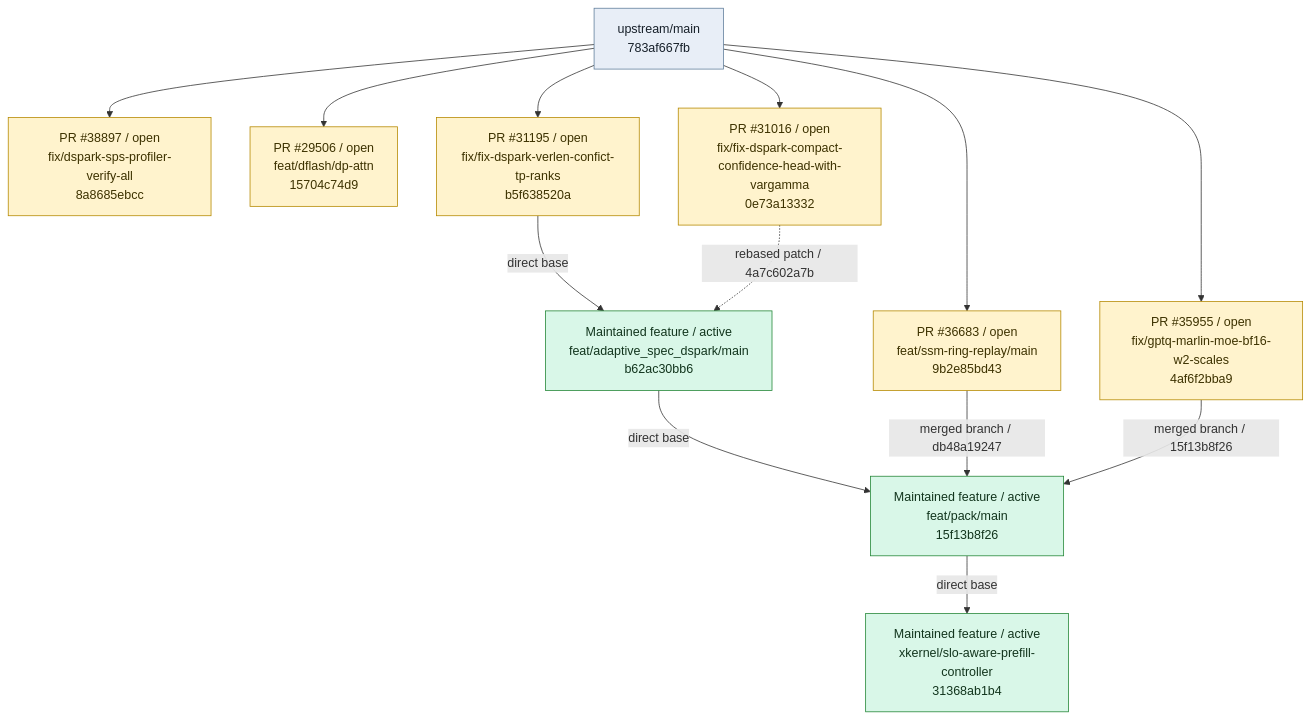
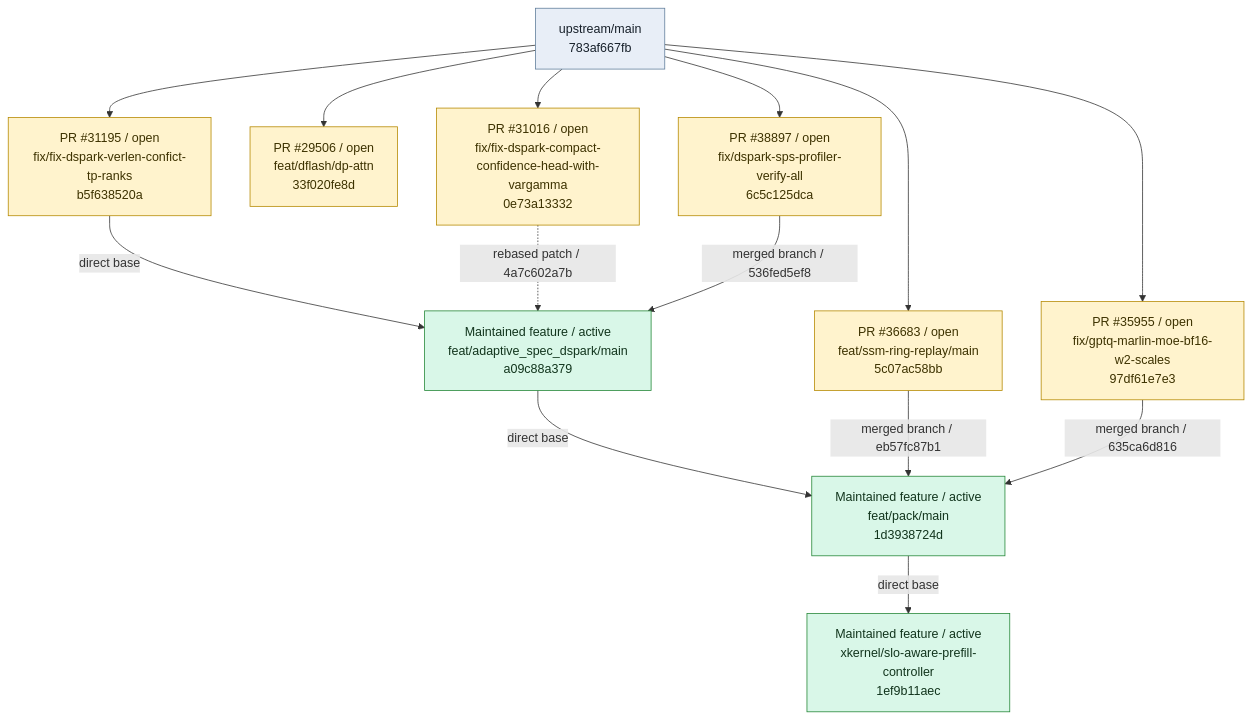
Before and after one commit to EanWang211123/sglang: the first of 4 diagrams in BRANCH_GRAPH.md, drawn with Mermaid. The commit also changed other lines of this file and 4 other files, not shown here.

````diff
--- a/BRANCH_GRAPH.md
+++ b/BRANCH_GRAPH.md
@@ -11,40 +11,41 @@
 ```mermaid
 flowchart TD
     base_upstream_main["upstream/main<br/>783af667fb"]
-    branch_dspark_compact_ragged_verify["PR #38897 / open<br/>fix/dspark-sps-profiler-verify-all<br/>8a8685ebcc"]
+    branch_dspark_compact_ragged_verify["PR #38897 / open<br/>fix/dspark-sps-profiler-verify-all<br/>6c5c125dca"]
     base_upstream_main --> branch_dspark_compact_ragged_verify
     click branch_dspark_compact_ragged_verify "https://github.com/sgl-project/sglang/pull/38897"
-    branch_dflash_dp_attn["PR #29506 / open<br/>feat/dflash/dp-attn<br/>15704c74d9"]
+    branch_dflash_dp_attn["PR #29506 / open<br/>feat/dflash/dp-attn<br/>33f020fe8d"]
     base_upstream_main --> branch_dflash_dp_attn
     click branch_dflash_dp_attn "https://github.com/sgl-project/sglang/pull/29506"
     branch_dspark_tp_budget_sync["PR #31195 / open<br/>fix/fix-dspark-verlen-confict-tp-ranks<br/>b5f638520a"]
     base_upstream_main --> branch_dspark_tp_budget_sync
     click branch_dspark_tp_budget_sync "https://github.com/sgl-project/sglang/pull/31195"
     branch_dspark_runtime_gamma["PR #31016 / open<br/>fix/fix-dspark-compact-confidence-head-with-vargamma<br/>0e73a13332"]
     base_upstream_main --> branch_dspark_runtime_gamma
     click branch_dspark_runtime_gamma "https://github.com/sgl-project/sglang/pull/31016"
-    branch_gptq_marlin_moe_bf16_w2_scales["PR #35955 / open<br/>fix/gptq-marlin-moe-bf16-w2-scales<br/>4af6f2bba9"]
+    branch_gptq_marlin_moe_bf16_w2_scales["PR #35955 / open<br/>fix/gptq-marlin-moe-bf16-w2-scales<br/>97df61e7e3"]
     base_upstream_main --> branch_gptq_marlin_moe_bf16_w2_scales
     click branch_gptq_marlin_moe_bf16_w2_scales "https://github.com/sgl-project/sglang/pull/35955"
-    branch_replayssm_dflash_dspark["PR #36683 / open<br/>feat/ssm-ring-replay/main<br/>9b2e85bd43"]
+    branch_replayssm_dflash_dspark["PR #36683 / open<br/>feat/ssm-ring-replay/main<br/>5c07ac58bb"]
     base_upstream_main --> branch_replayssm_dflash_dspark
     click branch_replayssm_dflash_dspark "https://github.com/sgl-project/sglang/pull/36683"
-    branch_dspark_adaptive["Maintained feature / active<br/>feat/adaptive_spec_dspark/main<br/>b62ac30bb6"]
+    branch_dspark_adaptive["Maintained feature / active<br/>feat/adaptive_spec_dspark/main<br/>a09c88a379"]
     click branch_dspark_adaptive "https://github.com/EanWang211123/sglang/tree/feat/adaptive_spec_dspark/main"
-    branch_adaptive_dspark_replayssm_gptq_marlin_pack["Maintained feature / active<br/>feat/pack/main<br/>15f13b8f26"]
+    branch_adaptive_dspark_replayssm_gptq_marlin_pack["Maintained feature / active<br/>feat/pack/main<br/>1d3938724d"]
     click branch_adaptive_dspark_replayssm_gptq_marlin_pack "https://github.com/EanWang211123/sglang/tree/feat/pack/main"
-    branch_xkernel_slo_aware_prefill_controller["Maintained feature / active<br/>xkernel/slo-aware-prefill-controller<br/>31368ab1b4"]
+    branch_xkernel_slo_aware_prefill_controller["Maintained feature / active<br/>xkernel/slo-aware-prefill-controller<br/>1ef9b11aec"]
     click branch_xkernel_slo_aware_prefill_controller "https://github.com/EanWang211123/sglang/tree/xkernel/slo-aware-prefill-controller"
     branch_dspark_tp_budget_sync -->|"direct base"| branch_dspark_adaptive
     branch_dspark_runtime_gamma -.->|"rebased patch / 4a7c602a7b"| branch_dspark_adaptive
+    branch_dspark_compact_ragged_verify -->|"merged branch / 536fed5ef8"| branch_dspark_adaptive
     branch_dspark_adaptive -->|"direct base"| branch_adaptive_dspark_replayssm_gptq_marlin_pack
-    branch_replayssm_dflash_dspark -->|"merged branch / db48a19247"| branch_adaptive_dspark_replayssm_gptq_marlin_pack
-    branch_gptq_marlin_moe_bf16_w2_scales -->|"merged branch / 15f13b8f26"| branch_adaptive_dspark_replayssm_gptq_marlin_pack
+    branch_replayssm_dflash_dspark -->|"merged branch / eb57fc87b1"| branch_adaptive_dspark_replayssm_gptq_marlin_pack
+    branch_gptq_marlin_moe_bf16_w2_scales -->|"merged branch / 635ca6d816"| branch_adaptive_dspark_replayssm_gptq_marlin_pack
     branch_adaptive_dspark_replayssm_gptq_marlin_pack -->|"direct base"| branch_xkernel_slo_aware_prefill_controller
     classDef base fill:#e8eef7,stroke:#607d9b,color:#17202a
     classDef pr fill:#fff3cd,stroke:#b58900,color:#3d3200
     classDef feature fill:#d9f7e8,stroke:#238636,color:#12351d
     class base_upstream_main base
     class branch_dspark_compact_ragged_verify,branch_dflash_dp_attn,branch_dspark_tp_budget_sync,branch_dspark_runtime_gamma,branch_gptq_marlin_moe_bf16_w2_scales,branch_replayssm_dflash_dspark pr
     class branch_dspark_adaptive,branch_adaptive_dspark_replayssm_gptq_marlin_pack,branch_xkernel_slo_aware_prefill_controller feature
 ```
````
